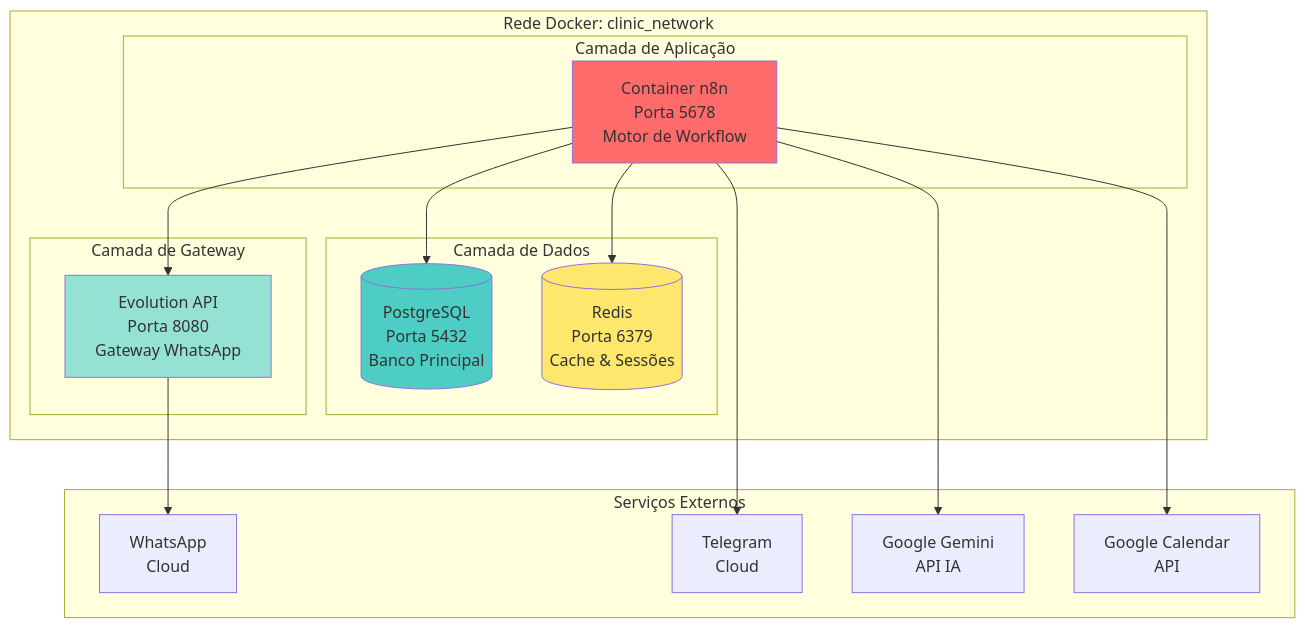
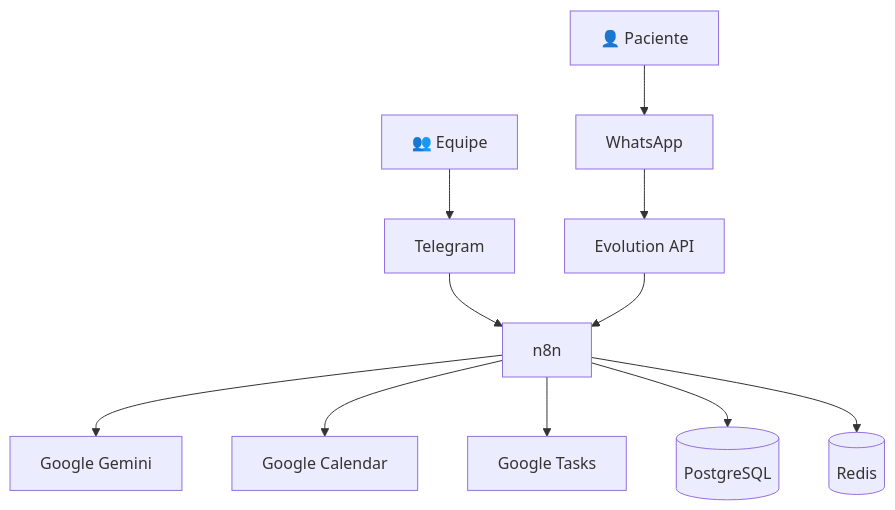
One commit to RenanLisboa8/n8n-clinic-multiagent changed the first of 5 diagrams in docs/ARCHITECTURE.md. Above: the diagram before and after it, drawn with Mermaid. The commit also changed other lines of this file and 5 other files, not shown here.

````diff
--- a/docs/ARCHITECTURE.md
+++ b/docs/ARCHITECTURE.md
@@ -88,37 +31,13 @@
 ```mermaid
 graph TB
-    subgraph "Rede Docker: clinic_network"
-        subgraph "Camada de Aplicação"
-            N8N[Container n8n<br/>Porta 5678<br/>Motor de Workflow]
-        end
-        
-        subgraph "Camada de Dados"
-            PG[(PostgreSQL<br/>Porta 5432<br/>Banco Principal)]
-            REDIS[(Redis<br/>Porta 6379<br/>Cache & Sessões)]
-        end
-        
-        subgraph "Camada de Gateway"
-            EVO[Evolution API<br/>Porta 8080<br/>Gateway WhatsApp]
-        end
-    end
-    
-    subgraph "Serviços Externos"
-        WA[WhatsApp<br/>Cloud]
-        TG[Telegram<br/>Cloud]
-        GM[Google Gemini<br/>API IA]
-        GC[Google Calendar<br/>API]
-    end
-    
-    N8N --> PG
-    N8N --> REDIS
-    N8N --> EVO
-    EVO --> WA
-    N8N --> TG
-    N8N --> GM
-    N8N --> GC
-    
-    style N8N fill:#ff6b6b
-    style PG fill:#4ecdc4
-    style REDIS fill:#ffe66d
-    style EVO fill:#95e1d3
+    PAT[👤 Paciente] --> WAPP[WhatsApp]
+    STAFF[👥 Equipe] --> TG[Telegram]
+    WAPP --> EVO[Evolution API]
+    TG --> N8N[n8n]
+    EVO --> N8N
+    N8N --> GEMINI[Google Gemini]
+    N8N --> GCAL[Google Calendar]
+    N8N --> GTASKS[Google Tasks]
+    N8N --> PG[(PostgreSQL)]
+    N8N --> REDIS[(Redis)]
 ```
````
